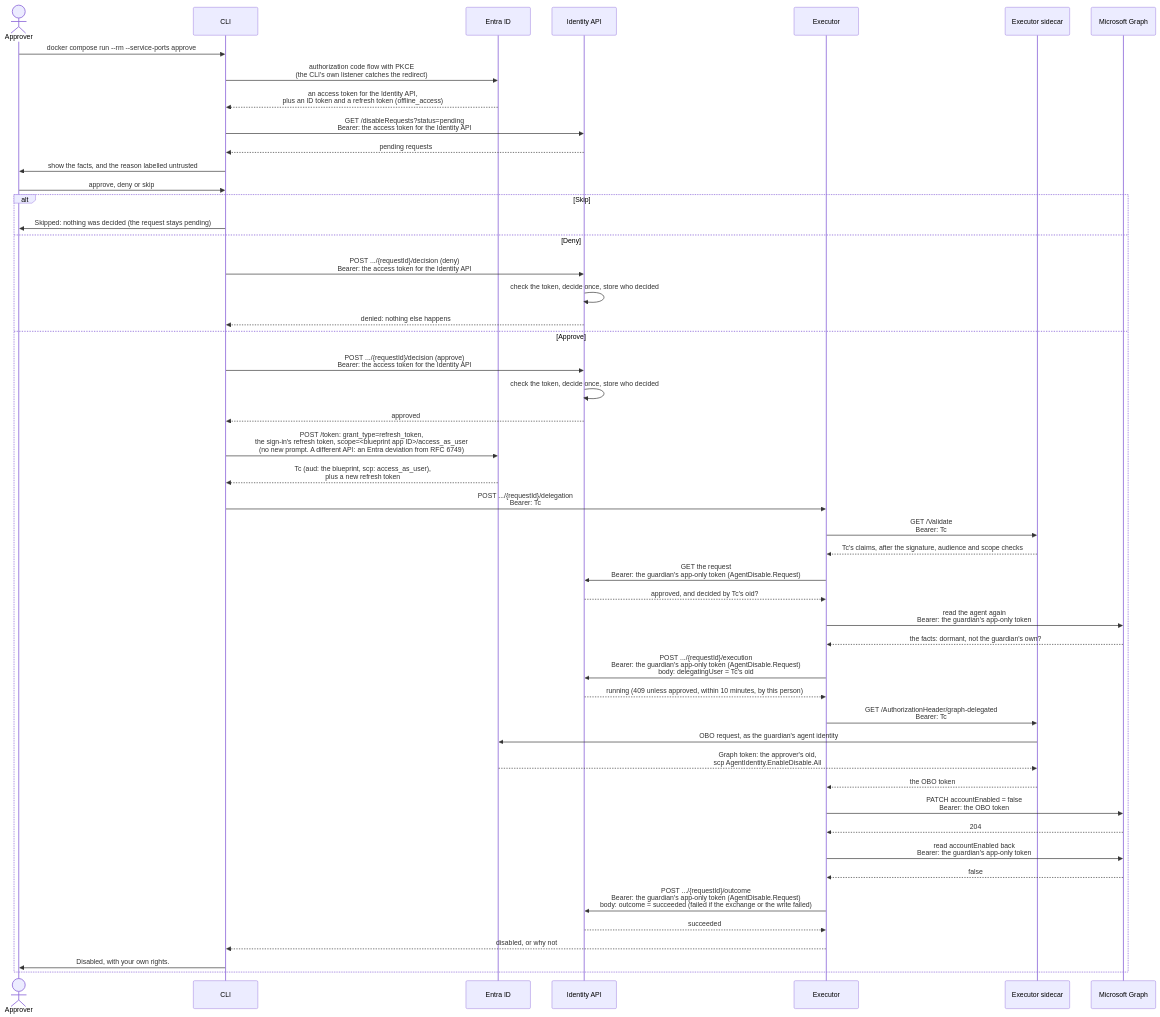
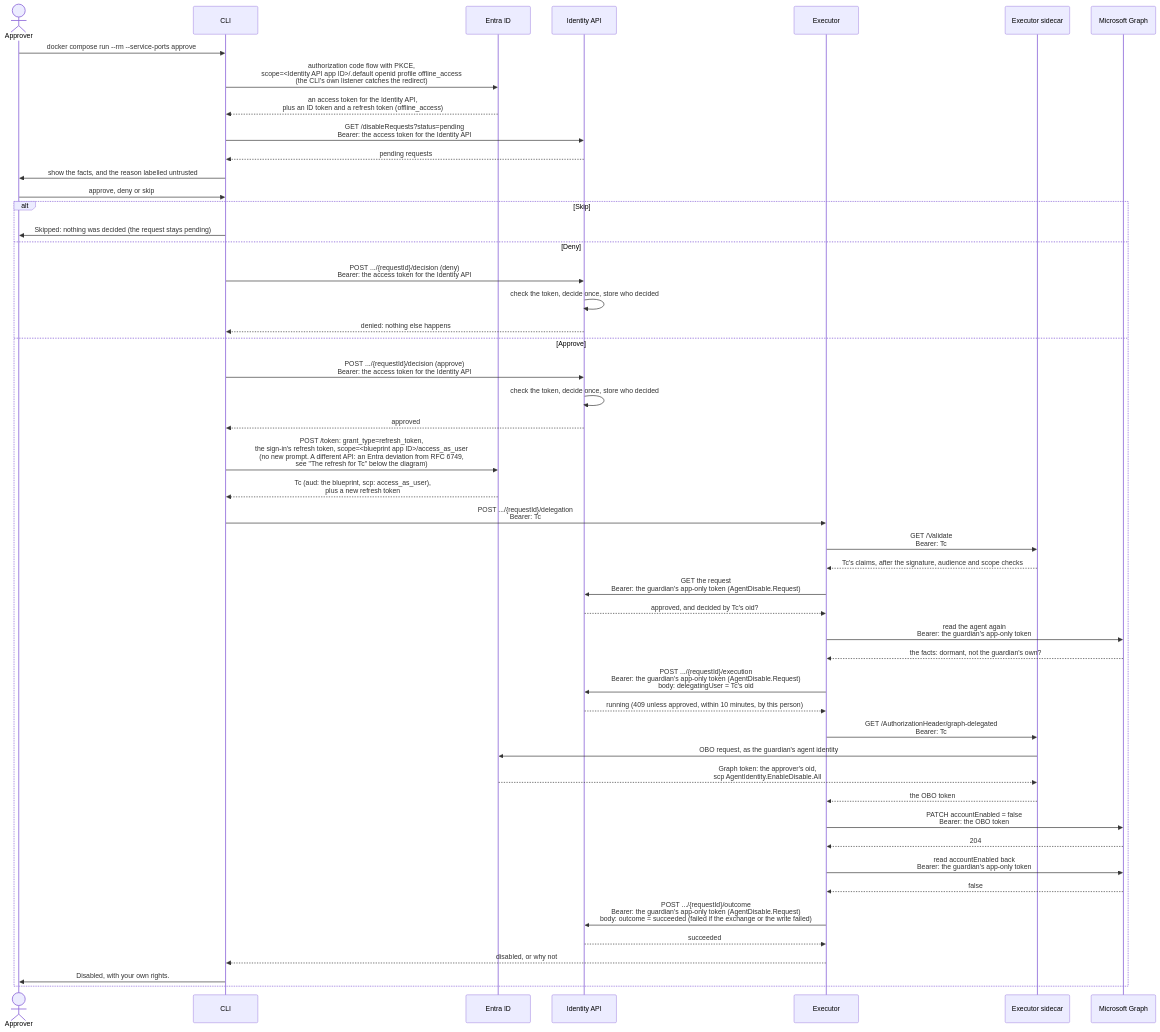
One commit to alireza-mpr/agent-steward changed the fourth of 6 diagrams in docs/agent-steward-architecture.md. Above: the diagram before and after it, drawn with Mermaid. The commit also changed other lines of this file and 12 other files, not shown here.

````diff
--- a/docs/agent-steward-architecture.md
+++ b/docs/agent-steward-architecture.md
@@ -276,53 +276,53 @@
 ```mermaid
 sequenceDiagram
     actor P as Approver
     participant C as CLI
     participant E as Entra ID
     participant A as Identity API
     participant X as Executor
     participant S as Executor sidecar
     participant G as Microsoft Graph
 
     P->>C: docker compose run --rm --service-ports approve
-    C->>E: authorization code flow with PKCE<br/>(the CLI's own listener catches the redirect)
+    C->>E: authorization code flow with PKCE,<br/>scope=#lt;Identity API app ID#gt;/.default openid profile offline_access<br/>(the CLI's own listener catches the redirect)
     E-->>C: an access token for the Identity API,<br/>plus an ID token and a refresh token (offline_access)
     C->>A: GET /disableRequests?status=pending<br/>Bearer: the access token for the Identity API
     A-->>C: pending requests
     C->>P: show the facts, and the reason labelled untrusted
     P->>C: approve, deny or skip
 
     alt Skip
         C->>P: Skipped: nothing was decided (the request stays pending)
     else Deny
         C->>A: POST .../{requestId}/decision (deny)<br/>Bearer: the access token for the Identity API
         A->>A: check the token, decide once, store who decided
         A-->>C: denied: nothing else happens
     else Approve
         C->>A: POST .../{requestId}/decision (approve)<br/>Bearer: the access token for the Identity API
         A->>A: check the token, decide once, store who decided
         A-->>C: approved
-        C->>E: POST /token: grant_type=refresh_token,<br/>the sign-in's refresh token, scope=#lt;blueprint app ID#gt;/access_as_user<br/>(no new prompt. A different API: an Entra deviation from RFC 6749)
+        C->>E: POST /token: grant_type=refresh_token,<br/>the sign-in's refresh token, scope=#lt;blueprint app ID#gt;/access_as_user<br/>(no new prompt. A different API: an Entra deviation from RFC 6749,<br/>see "The refresh for Tc" below the diagram)
         E-->>C: Tc (aud: the blueprint, scp: access_as_user),<br/>plus a new refresh token
         C->>X: POST .../{requestId}/delegation<br/>Bearer: Tc
         X->>S: GET /Validate<br/>Bearer: Tc
         S-->>X: Tc's claims, after the signature, audience and scope checks
         X->>A: GET the request<br/>Bearer: the guardian's app-only token (AgentDisable.Request)
         A-->>X: approved, and decided by Tc's oid?
         X->>G: read the agent again<br/>Bearer: the guardian's app-only token
         G-->>X: the facts: dormant, not the guardian's own?
         X->>A: POST .../{requestId}/execution<br/>Bearer: the guardian's app-only token (AgentDisable.Request)<br/>body: delegatingUser = Tc's oid
         A-->>X: running (409 unless approved, within 10 minutes, by this person)
         X->>S: GET /AuthorizationHeader/graph-delegated<br/>Bearer: Tc
         S->>E: OBO request, as the guardian's agent identity
         E-->>S: Graph token: the approver's oid,<br/>scp AgentIdentity.EnableDisable.All
         S-->>X: the OBO token
         X->>G: PATCH accountEnabled = false<br/>Bearer: the OBO token
         G-->>X: 204
         X->>G: read accountEnabled back<br/>Bearer: the guardian's app-only token
         G-->>X: false
         X->>A: POST .../{requestId}/outcome<br/>Bearer: the guardian's app-only token (AgentDisable.Request)<br/>body: outcome = succeeded (failed if the exchange or the write failed)
         A-->>X: succeeded
         X-->>C: disabled, or why not
         C->>P: Disabled, with your own rights.
     end
 ```
````
